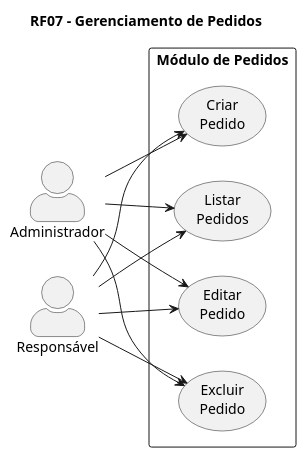
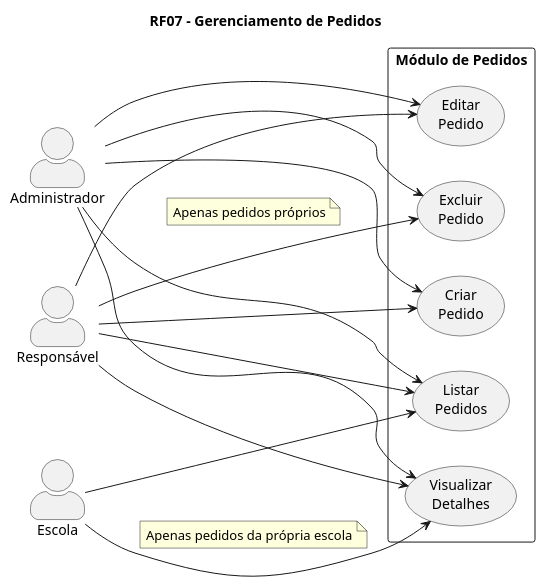
Before and after one commit to murs77r/conecta-uniforme: the diagram in diagrams/modulo-pedidos.puml, drawn with PlantUML. The commit also changed 15 other files, not shown here.

```diff
--- a/diagrams/modulo-pedidos.puml
+++ b/diagrams/modulo-pedidos.puml
@@ -1,30 +1,48 @@
 @startuml
 ' RF07 - Gerenciamento de Pedidos
 
 left to right direction
 
 skinparam actorStyle awesome
 
 title RF07 - Gerenciamento de Pedidos
 
 actor Administrador
+
 actor Responsável
+
+actor Escola
 
 rectangle "Módulo de Pedidos" {
     usecase "Criar\nPedido" as UC07_1
     usecase "Listar\nPedidos" as UC07_2
-    usecase "Editar\nPedido" as UC07_3
-    usecase "Excluir\nPedido" as UC07_4
+    usecase "Visualizar\nDetalhes" as UC07_3
+    usecase "Editar\nPedido" as UC07_4
+    usecase "Excluir\nPedido" as UC07_5
 }
 
+' Administrador - controle total
 Administrador --> UC07_1
 Administrador --> UC07_2
 Administrador --> UC07_3
 Administrador --> UC07_4
+Administrador --> UC07_5
 
+' Responsável - gerencia seus pedidos
 Responsável --> UC07_1
 Responsável --> UC07_2
 Responsável --> UC07_3
 Responsável --> UC07_4
+Responsável --> UC07_5
+note on link
+  Apenas pedidos próprios
+end note
+
+' Escola - visualiza pedidos da escola
+Escola --> UC07_2
+Escola --> UC07_3
+note on link
+  Apenas pedidos da própria escola
+end note
 
 @enduml
```
